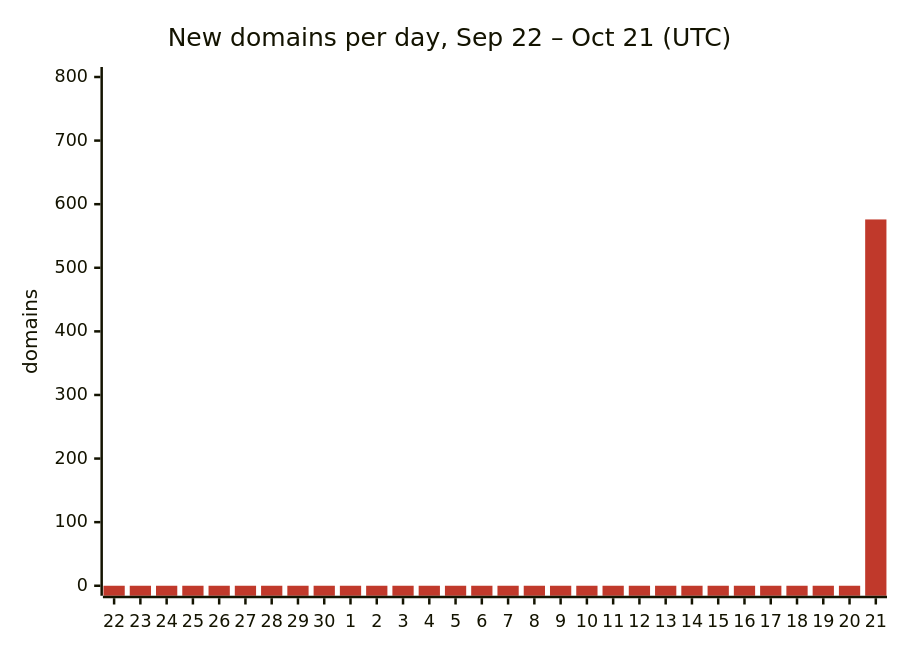
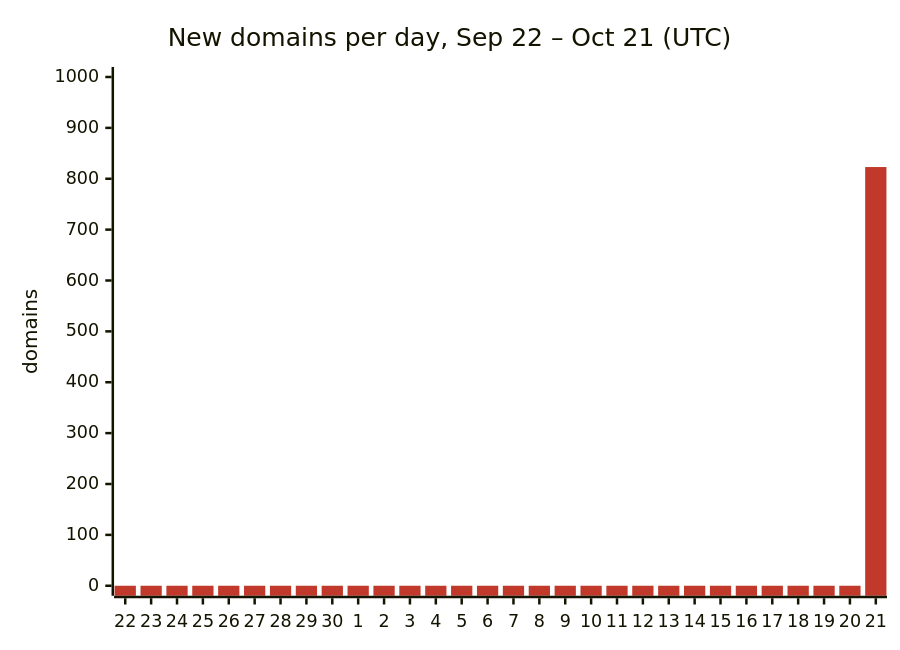
One commit to DNSBunker/CTI changed the first of 2 diagrams in README.md. Above: the diagram before and after it, drawn with Mermaid. The commit also changed other lines of this file and 3 other files, not shown here.

````diff
--- a/README.md
+++ b/README.md
@@ -29,8 +29,8 @@
 ```mermaid
 %%{init: {"themeVariables": {"xyChart": {"plotColorPalette": "#c0392b"}}}}%%
 xychart-beta
     title "New domains per day, Sep 22 – Oct 21 (UTC)"
     x-axis ["22", "23", "24", "25", "26", "27", "28", "29", "30", "1", "2", "3", "4", "5", "6", "7", "8", "9", "10", "11", "12", "13", "14", "15", "16", "17", "18", "19", "20", "21"]
-    y-axis "domains" 0 --> 800
-    bar [0, 0, 0, 0, 0, 0, 0, 0, 0, 0, 0, 0, 0, 0, 0, 0, 0, 0, 0, 0, 0, 0, 0, 0, 0, 0, 0, 0, 0, 576]
+    y-axis "domains" 0 --> 1000
+    bar [0, 0, 0, 0, 0, 0, 0, 0, 0, 0, 0, 0, 0, 0, 0, 0, 0, 0, 0, 0, 0, 0, 0, 0, 0, 0, 0, 0, 0, 823]
 ```
````
